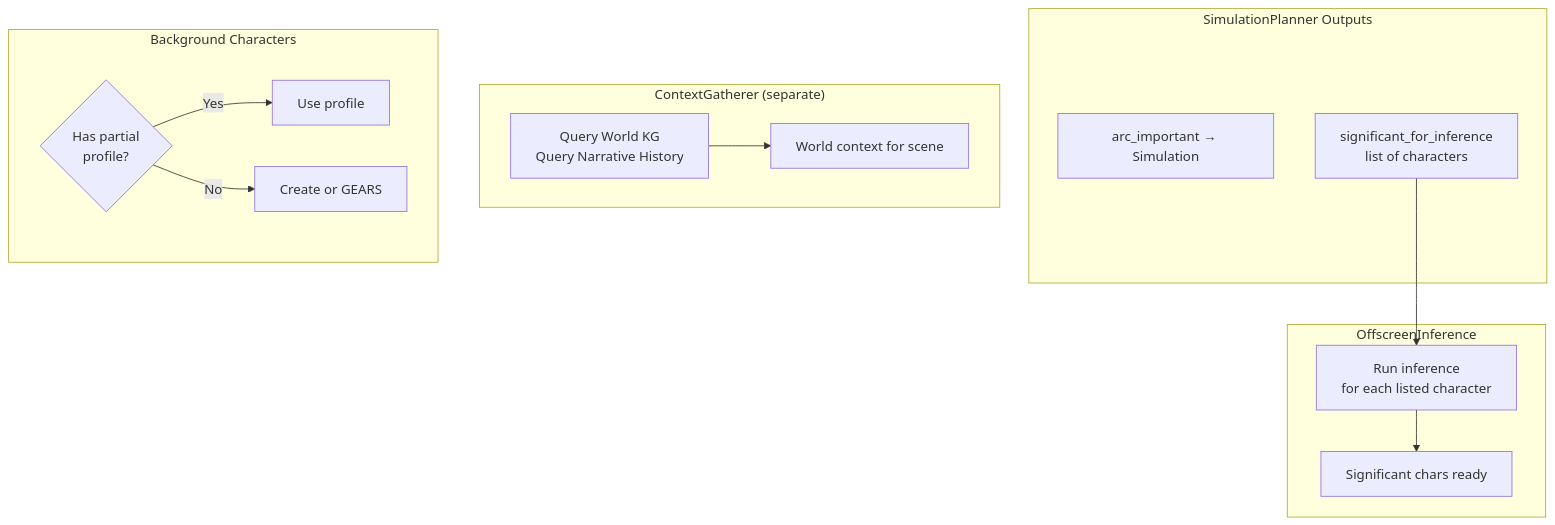
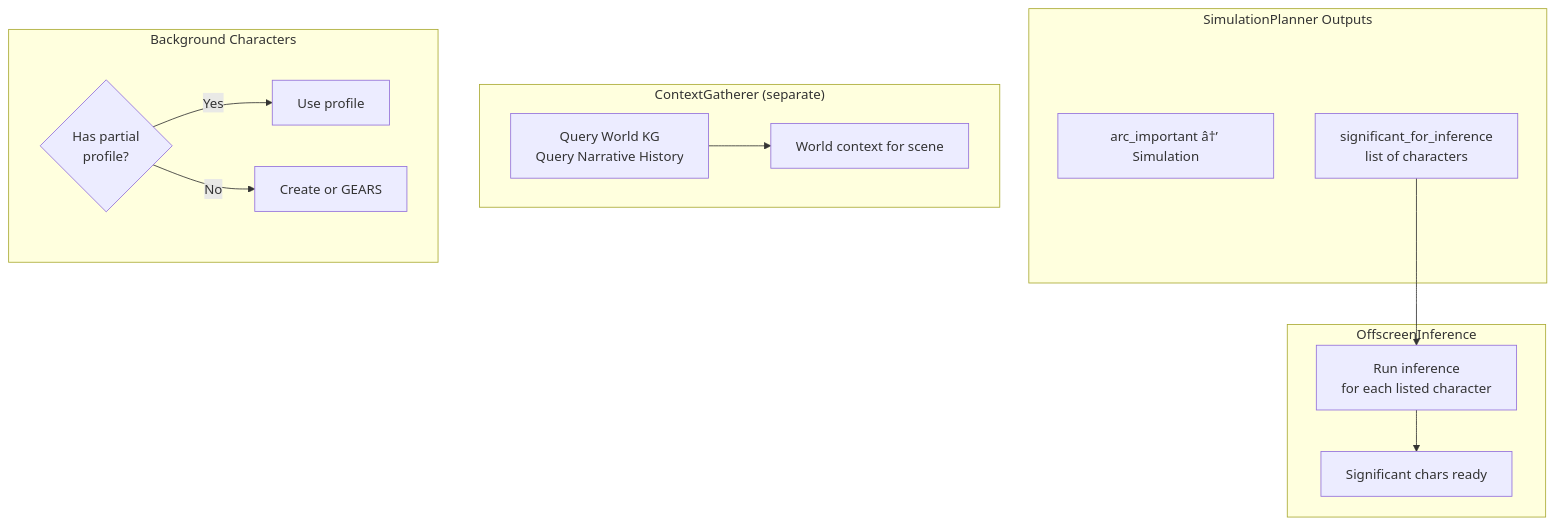
Before and after one commit to Czopenchauer/FableCraft: the fourth of 5 diagrams in doc/adr/SimulationSystemDesign.md, drawn with Mermaid. The commit also changed other lines of this file and 17 other files, not shown here.

````diff
--- a/doc/adr/SimulationSystemDesign.md
+++ b/doc/adr/SimulationSystemDesign.md
@@ -488,23 +489,23 @@
 ```mermaid
 flowchart TD
     subgraph SimPlannerOutput["SimulationPlanner Outputs"]
-        ArcSim[arc_important → Simulation]
+        ArcSim[arc_important â†’ Simulation]
         SigList[significant_for_inference<br/>list of characters]
     end
     
     subgraph Inference["OffscreenInference"]
         SigList --> OI[Run inference<br/>for each listed character]
         OI --> SigReady[Significant chars ready]
     end
     
     subgraph KGQueries["ContextGatherer (separate)"]
         CG[Query World KG<br/>Query Narrative History]
         CG --> WorldCtx[World context for scene]
     end
     
     subgraph Background["Background Characters"]
         Back{Has partial<br/>profile?}
         Back -->|Yes| Ready[Use profile]
         Back -->|No| Create[Create or GEARS]
     end
 ```
````
